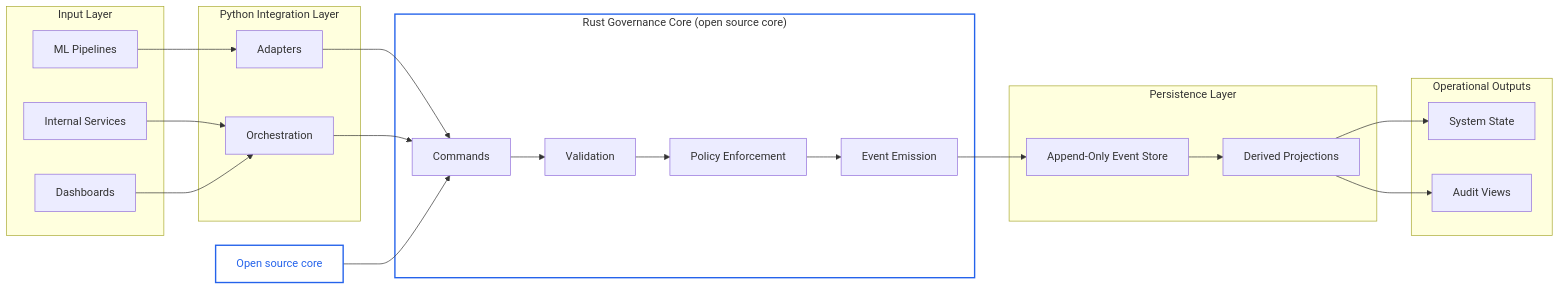
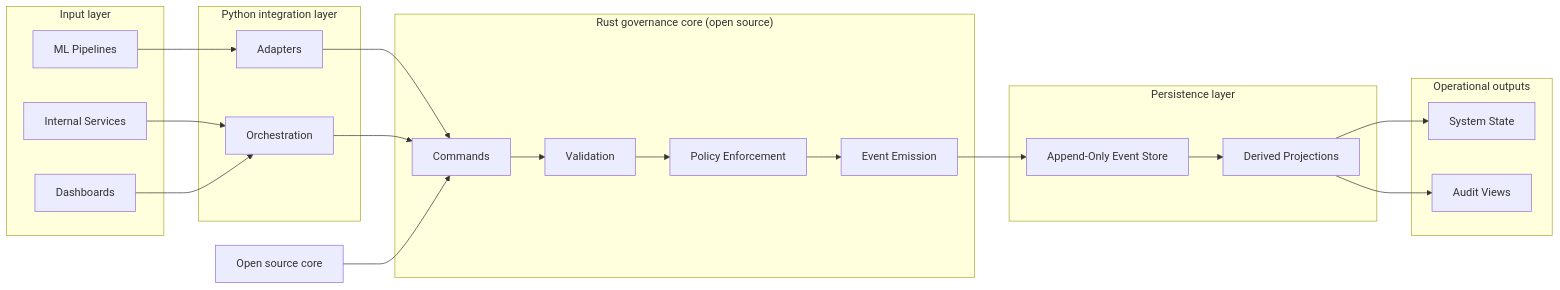
One commit to MonikaDvorackova/monikadvorackova.net changed the diagram in posts/govai.mdx. Above: the diagram before and after it, drawn with Mermaid. The commit also changed other lines of this file and 8 other files, not shown here.

````diff
--- a/posts/govai.mdx
+++ b/posts/govai.mdx
@@ -88,50 +88,47 @@
 ```mermaid
 flowchart LR
 
-  subgraph Input["Input Layer"]
+  subgraph Input["Input layer"]
     A1["ML Pipelines"]
     A2["Internal Services"]
     A3["Dashboards"]
   end
 
-  subgraph Python["Python Integration Layer"]
+  subgraph Python["Python integration layer"]
     B1["Adapters"]
     B2["Orchestration"]
   end
 
-  subgraph Rust["Rust Governance Core (open source core)"]
+  subgraph Rust["Rust governance core (open source)"]
     C1["Commands"]
     C2["Validation"]
     C3["Policy Enforcement"]
     C4["Event Emission"]
   end
 
-  subgraph DB["Persistence Layer"]
+  subgraph DB["Persistence layer"]
     D1["Append-Only Event Store"]
     D2["Derived Projections"]
   end
 
-  subgraph Output["Operational Outputs"]
+  subgraph Output["Operational outputs"]
     E1["System State"]
     E2["Audit Views"]
   end
 
   A1 --> B1
   A2 --> B2
   A3 --> B2
 
   B1 --> C1
   B2 --> C1
 
   C1 --> C2 --> C3 --> C4
 
   C4 --> D1 --> D2
 
   D2 --> E1
   D2 --> E2
 
   OS["Open source core"] --> C1
-
-  style Rust stroke:#2563eb,stroke-width:2px,fill:#ffffff
-  style OS stroke:#2563eb,stroke-width:2px,fill:#ffffff,color:#2563eb
 ```
````
